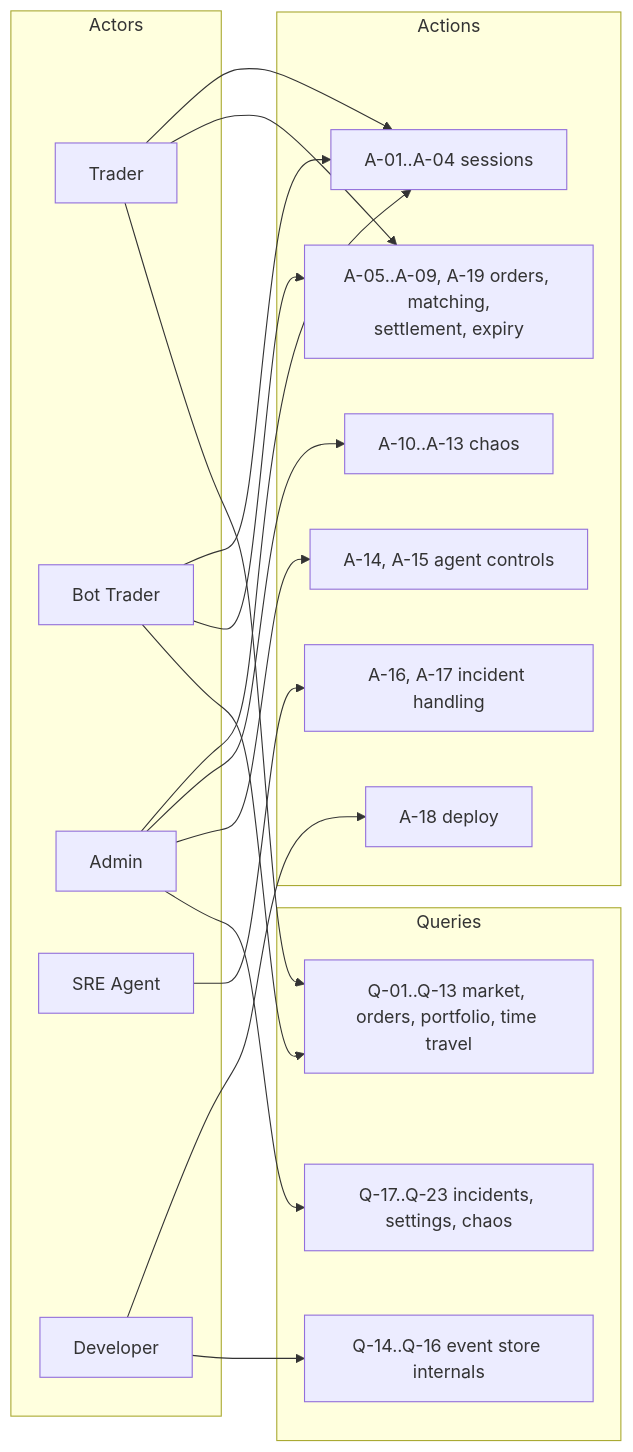
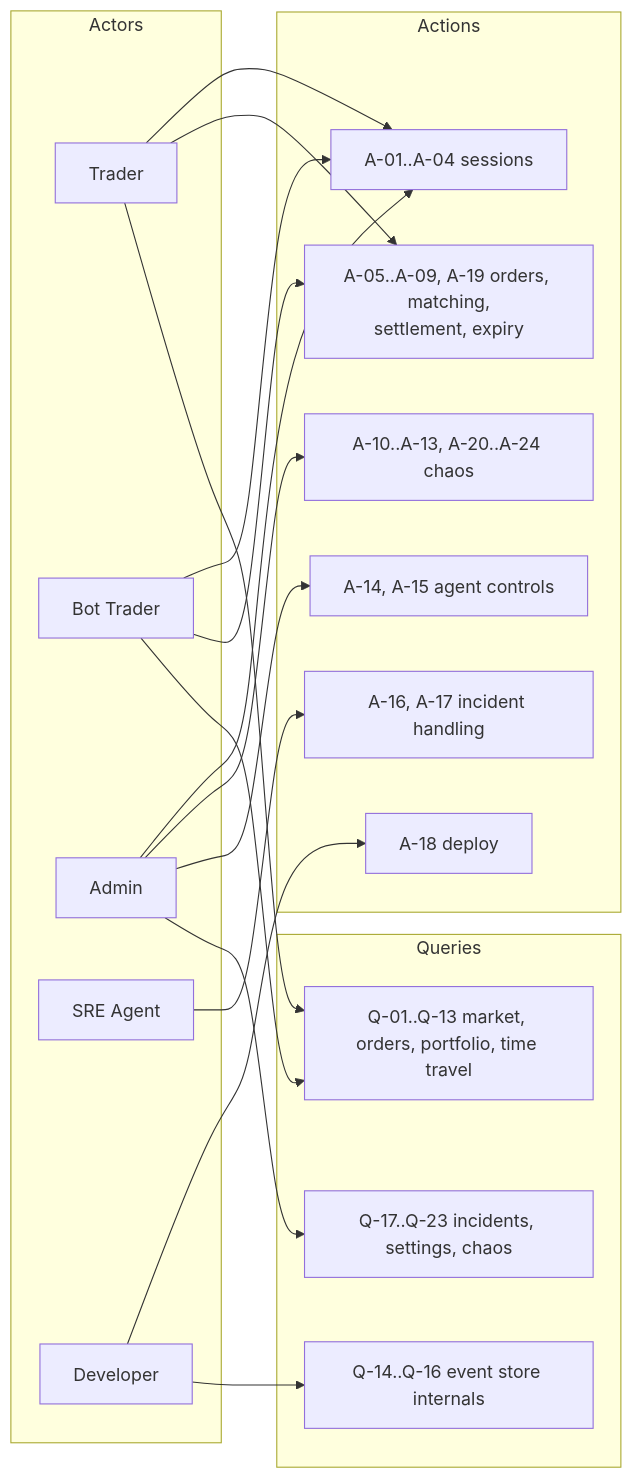
The diagram in docs/01-seeds/04-actions-and-queries.md (Kaizer-1/CircuitBreaker), drawn with Mermaid before and after one commit. The commit also changed other lines of this file and 17 other files, not shown here.

````diff
--- a/docs/01-seeds/04-actions-and-queries.md
+++ b/docs/01-seeds/04-actions-and-queries.md
@@ -82,28 +87,28 @@
 ```mermaid
 flowchart LR
     subgraph Actors
         T[Trader]
         B[Bot Trader]
         AD[Admin]
         S[SRE Agent]
         D[Developer]
     end
     subgraph Actions
         A1["A-01..A-04 sessions"]
         A5["A-05..A-09, A-19 orders, matching,<br/>settlement, expiry"]
-        A10["A-10..A-13 chaos"]
+        A10["A-10..A-13, A-20..A-24 chaos"]
         A14["A-14, A-15 agent controls"]
         A16["A-16, A-17 incident handling"]
         A18["A-18 deploy"]
     end
     subgraph Queries
         Q1["Q-01..Q-13 market, orders, portfolio, time travel"]
         Q14["Q-14..Q-16 event store internals"]
         Q17["Q-17..Q-23 incidents, settings, chaos"]
     end
     T --> A1 & A5 & Q1
     B --> A1 & A5 & Q1
     AD --> A1 & A10 & A14 & Q17
     S --> A16
     D --> A18 & Q14
 ```
````
